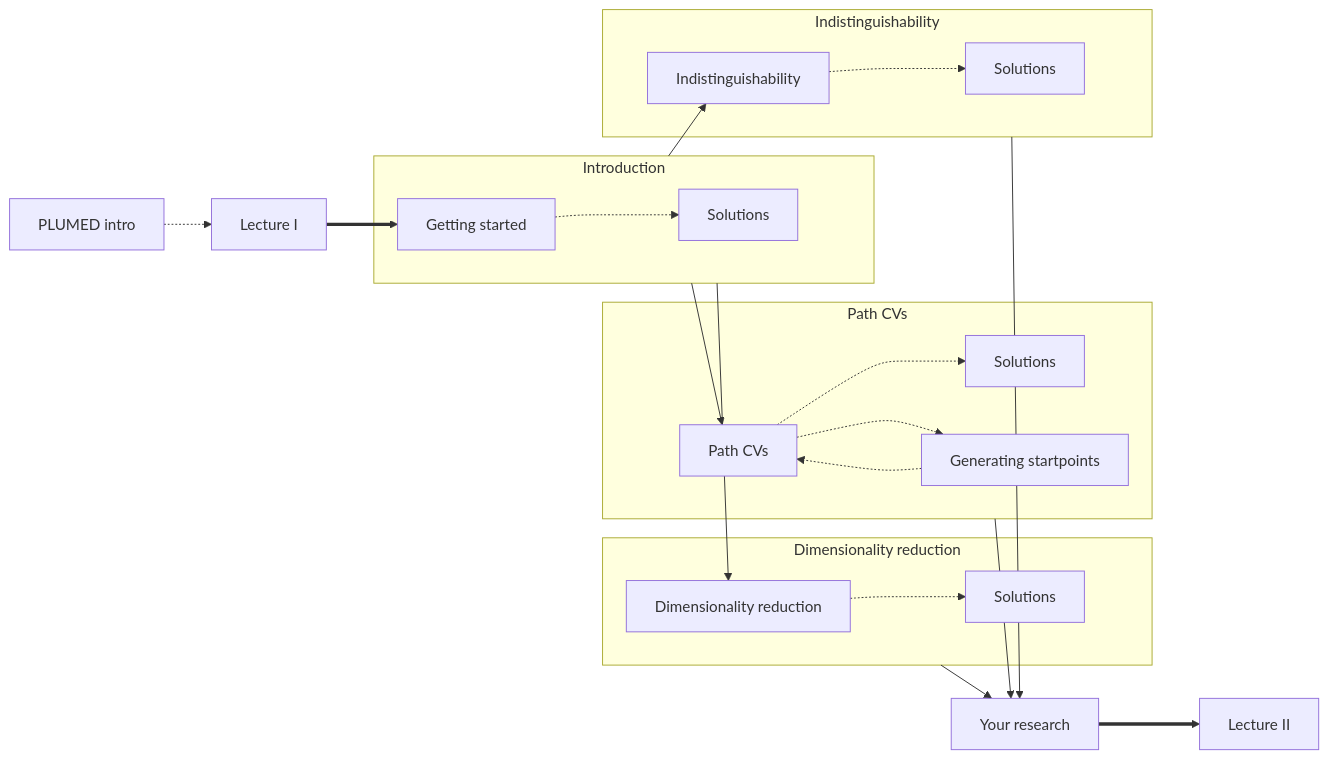
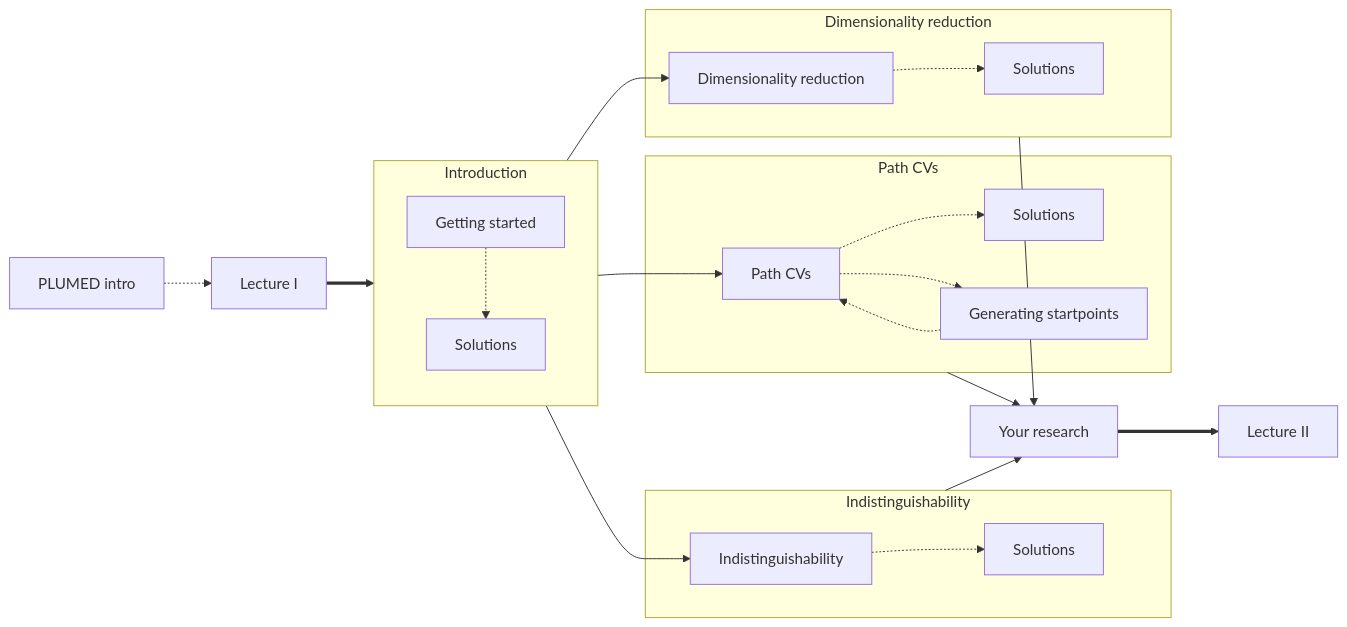
Before and after one commit to plumed/masterclass-21-6: the diagram in NAVIGATION.md, drawn with Mermaid.

````diff
--- a/NAVIGATION.md
+++ b/NAVIGATION.md
@@ -13,39 +13,40 @@
 ```mermaid
 flowchart LR;
   A[PLUMED intro] -.-> B[Lecture I] 
   B ==> C[Getting started]
   subgraph one [Introduction]
+  direction TB
   C -.-> D[Solutions]
   end
   one --> E[Dimensionality reduction]
   one --> F[Path CVs]
   one --> G[Indistinguishability]
   H ==> I[Lecture II]
   subgraph two [Dimensionality reduction]
   E -.-> J[Solutions]
   end
   subgraph three [Path CVs]
   F -.-> K[Solutions]
   F -.-> M[Generating startpoints]
   M -.-> F
   end
   subgraph four [Indistinguishability]
   G -.-> L[Solutions]
   end
   two --> H[Your research] 
   three --> H
   four --> H
   click A "ref1" "This elementary lesson shows you how to install PLUMED and some basic and more advanced syntax. You will only need to complete up to exercise 1 of this earlier lesson to complete these exercises on dimensionality reduction"
   click B "video1" "A lecture that was given on April 12th 2021 as part of the plumed masterclass series that introduces you to the exercises in this lesson"
   click C "INSTRUCTIONS1.md" "Installation instructions followed by a discussion of how to run PLUMED from python direction and how to use chemiscope to visualize trajectories"
   click D "notebooks/plumed-and-python-exercises-1-and-2.ipynb" "This python notebook contains a full set of solutions for the exercises that show how you can call PLUMED from a jupyter notebook"
   click E "DIMENSIONALITY.md" "An introduction to running various different types of dimensionality reduction algorithms on trajectories"
   click F "PATHS.md" "An introduction to path collective variables and the isocommittor"
   click G "INDISTINGUISHABILITY.md" "An introduction to methods for dealing with systems of indistinguishable particles"
   click H "WRAPUP.md" "Some advice on using the methods discussed in this tutorial in your own research"
   click I "video2" "A lecture that was given on April 19th 2021 as part of the plumed masterclass series that goes through the solutions to the exercises in the lesson"
   click J "notebooks/dimensionality-reduction-exercise-3.ipynb" "This python notebook contains a full set of solutions for the exercises on dimensionality reduction techniques"
   click K "notebooks/path-cvs-exercise-4.ipynb" "This python notebook contains a full set of solutions for the exercises on path collective variables"
   click L "notebooks/indistinguishability-ex-5.ipynb" "This python notebook contains a full set of solutions for the exercises on dealing with systems of indistiguishable particles"
   click M "notebooks/create_startpoints.ipynb" "This python notebook shows how I generated a series of random startpoints for the isocommittor simulations that were used in the exercise on path CVs"
 ```
````
